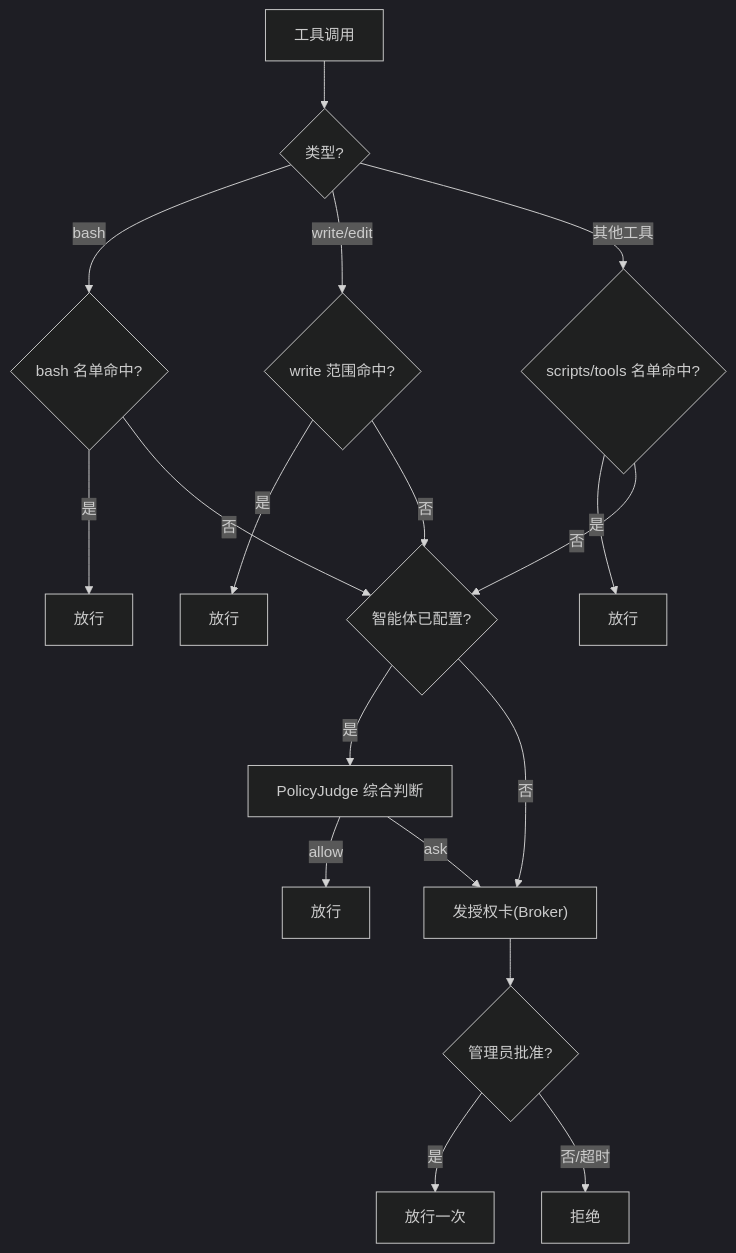
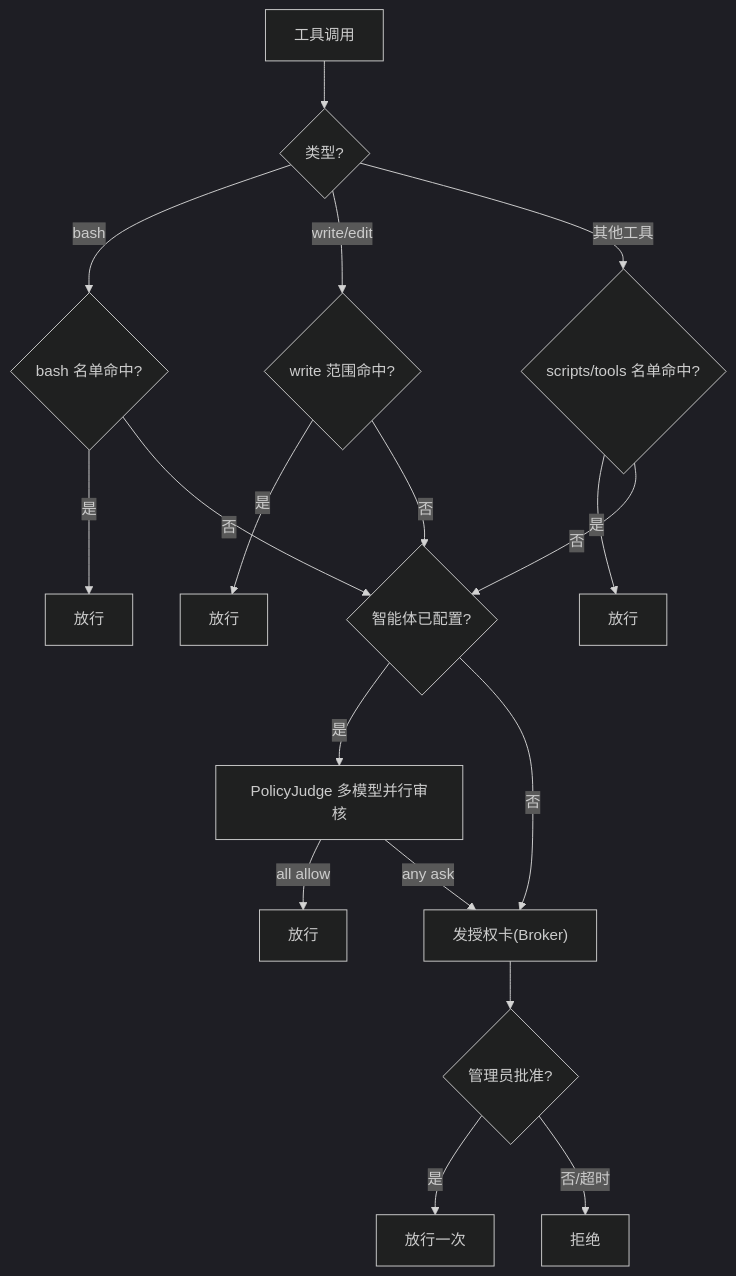
Before and after one commit to HeXiaoShu520/feishu-pi: the fifth of 9 diagrams in .qoder/repowiki/zh/content/架构设计/架构设计.md, drawn with Mermaid (dark theme). The commit also changed other lines of this file and 47 other files, not shown here.

````diff
--- a/.qoder/repowiki/zh/content/架构设计/架构设计.md
+++ b/.qoder/repowiki/zh/content/架构设计/架构设计.md
@@ -225,20 +256,20 @@
 ```mermaid
 flowchart TD
 A["工具调用"] --> B{"类型?"}
 B -- bash --> C{"bash 名单命中?"}
 B -- write/edit --> D{"write 范围命中?"}
 B -- 其他工具 --> E{"scripts/tools 名单命中?"}
 C -- 是 --> Allow1["放行"]
 D -- 是 --> Allow2["放行"]
 E -- 是 --> Allow3["放行"]
 C -- 否 --> J{"智能体已配置?"}
 D -- 否 --> J
 E -- 否 --> J
-J -- 是 --> Judge["PolicyJudge 综合判断"]
-Judge -- allow --> Allow4["放行"]
-Judge -- ask --> Ask["发授权卡(Broker)"]
+J -- 是 --> Judge["PolicyJudge 多模型并行审核"]
+Judge -- all allow --> Allow4["放行"]
+Judge -- any ask --> Ask["发授权卡(Broker)"]
 J -- 否 --> Ask
 Ask --> Admin{"管理员批准?"}
 Admin -- 是 --> Allow5["放行一次"]
 Admin -- 否/超时 --> Block["拒绝"]
 ```
````
